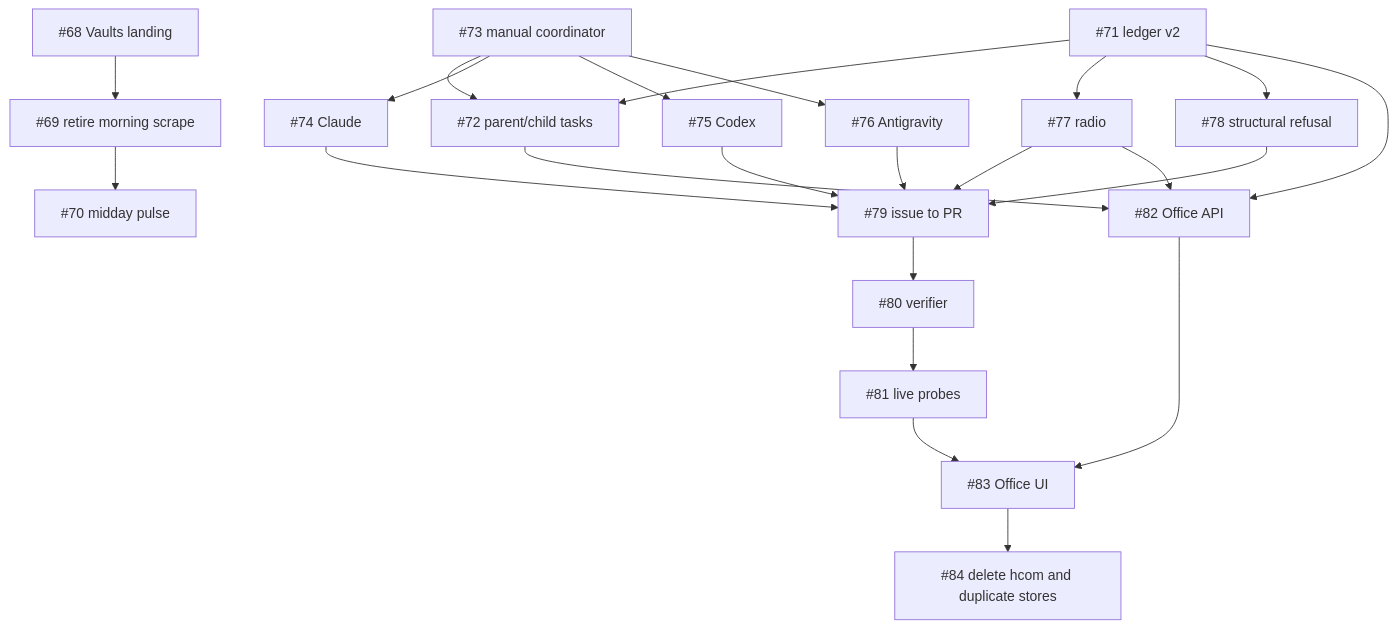
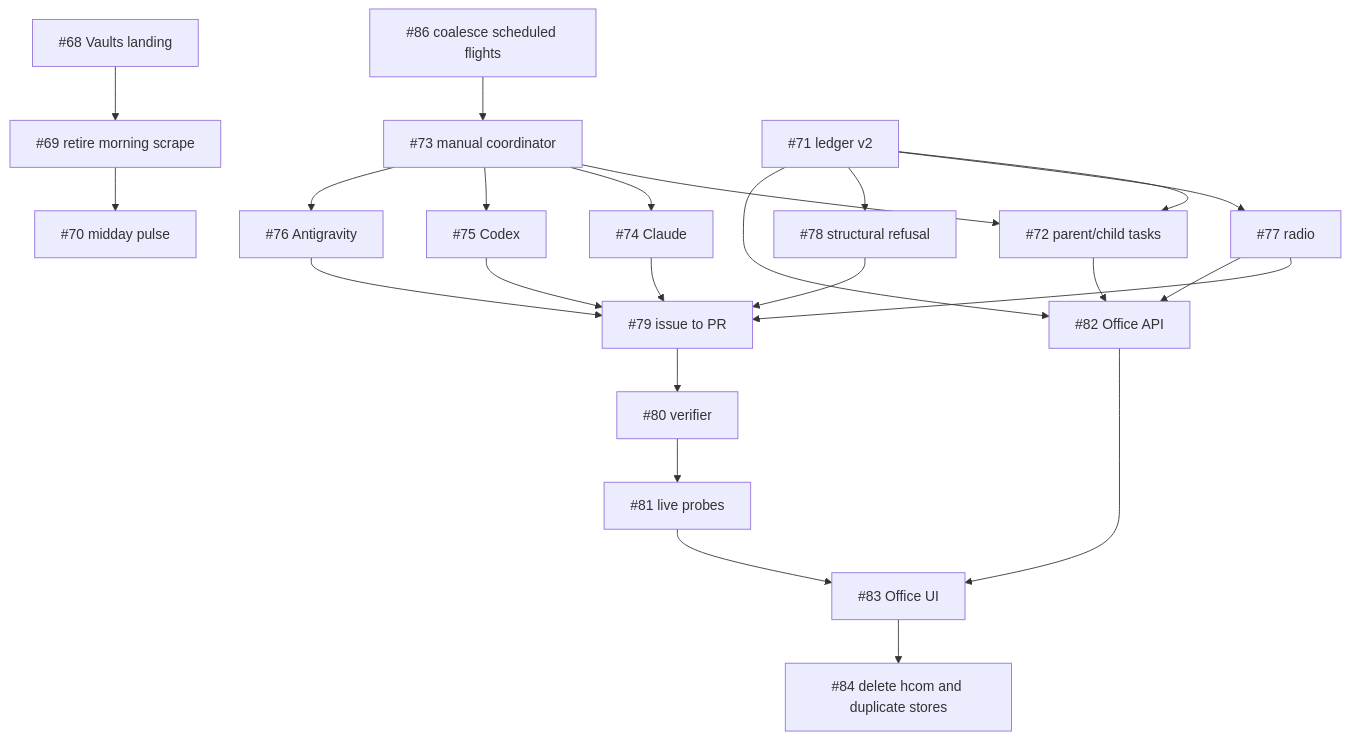
The second of 2 diagrams in docs/foundation.md (ariaxhan/nexus-office), drawn with Mermaid before and after one commit. The commit also changed other lines of this file and 2 other files, not shown here.

Commit message:
Coalesce scheduled flights per plan

````diff
--- a/docs/foundation.md
+++ b/docs/foundation.md
@@ -130,23 +130,24 @@
 ```mermaid
 flowchart TD
+  Z[#86 coalesce scheduled flights] --> F[#73 manual coordinator]
   A[#68 Vaults landing] --> B[#69 retire morning scrape] --> C[#70 midday pulse]
   F[#73 manual coordinator] --> E[#72 parent/child tasks]
   D[#71 ledger v2] --> E
   F --> G[#74 Claude]
   F --> H[#75 Codex]
   F --> I[#76 Antigravity]
   D --> J[#77 radio]
   D --> K[#78 structural refusal]
   G --> L[#79 issue to PR]
   H --> L
   I --> L
   J --> L
   K --> L
   L --> M[#80 verifier] --> N[#81 live probes]
   D --> O[#82 Office API]
   E --> O
   J --> O
   O --> P[#83 Office UI]
   N --> P
   P --> Q[#84 delete hcom and duplicate stores]
 ```
````
